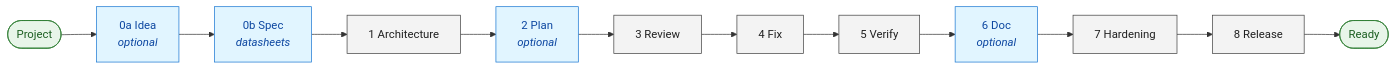
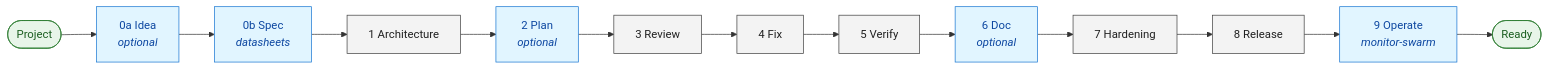
The diagram in README.md (fozzfut/swarm-suite), drawn with Mermaid before and after one commit. The commit also changed other lines of this file and 18 other files, not shown here.

````diff
--- a/README.md
+++ b/README.md
@@ -178,24 +180,25 @@
 ```mermaid
 flowchart LR
     Start([Project])
     Idea["0a Idea<br/><i>optional</i>"]
     Spec["0b Spec<br/><i>datasheets</i>"]
     Arch["1 Architecture"]
     Plan["2 Plan<br/><i>optional</i>"]
     Review["3 Review"]
     Fix["4 Fix"]
     Verify["5 Verify"]
     Doc["6 Doc<br/><i>optional</i>"]
     Hard["7 Hardening"]
     Release["8 Release"]
+    Operate["9 Operate<br/><i>monitor-swarm</i>"]
     End([Ready])
 
-    Start --> Idea --> Spec --> Arch --> Plan --> Review --> Fix --> Verify --> Doc --> Hard --> Release --> End
+    Start --> Idea --> Spec --> Arch --> Plan --> Review --> Fix --> Verify --> Doc --> Hard --> Release --> Operate --> End
 
     classDef optional fill:#e1f5ff,stroke:#1976d2,color:#0d47a1
     classDef required fill:#f3f3f3,stroke:#424242,color:#212121
     classDef terminal fill:#e8f5e9,stroke:#2e7d32,color:#1b5e20
-    class Idea,Spec,Plan,Doc optional
+    class Idea,Spec,Plan,Doc,Operate optional
     class Arch,Review,Fix,Verify,Hard,Release required
     class Start,End terminal
 ```
````
